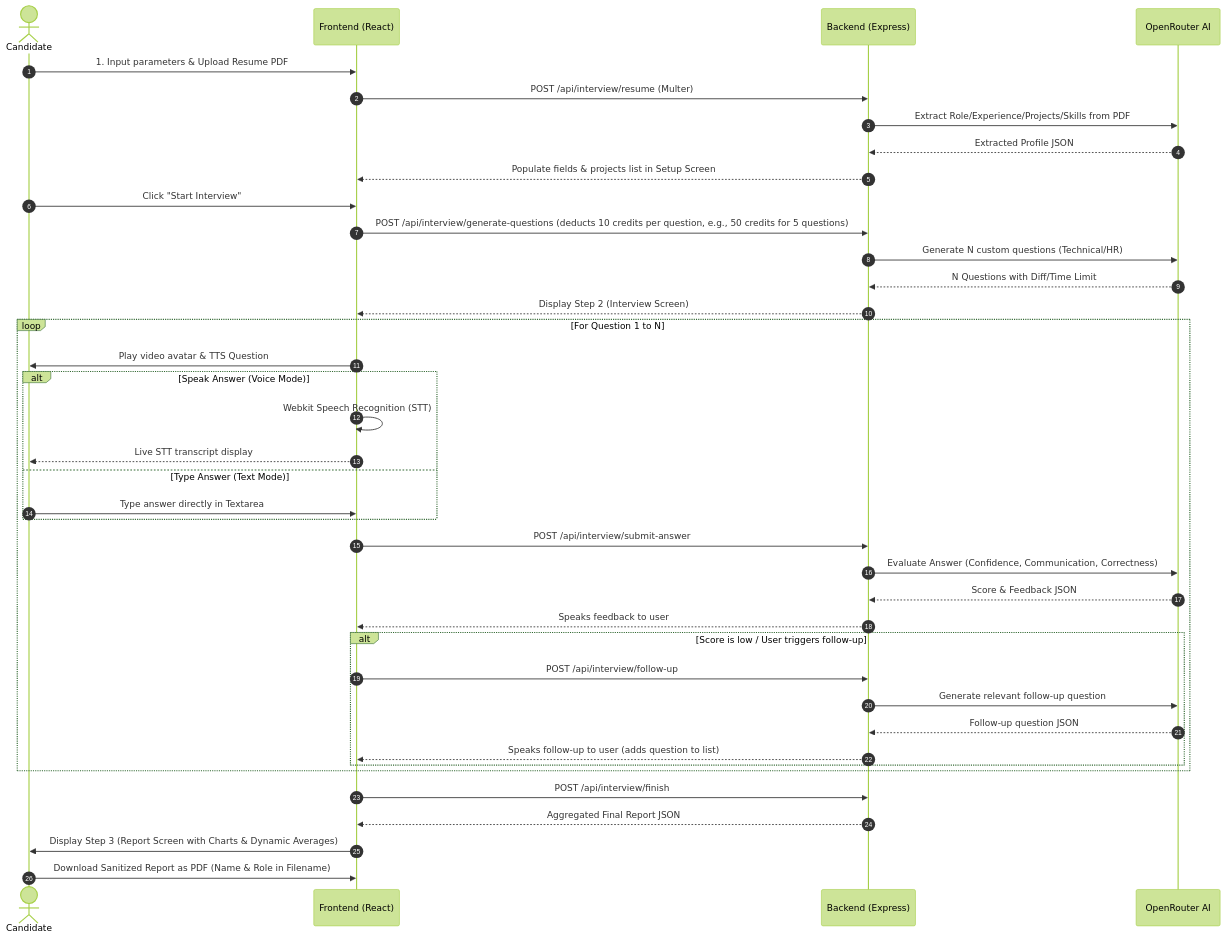
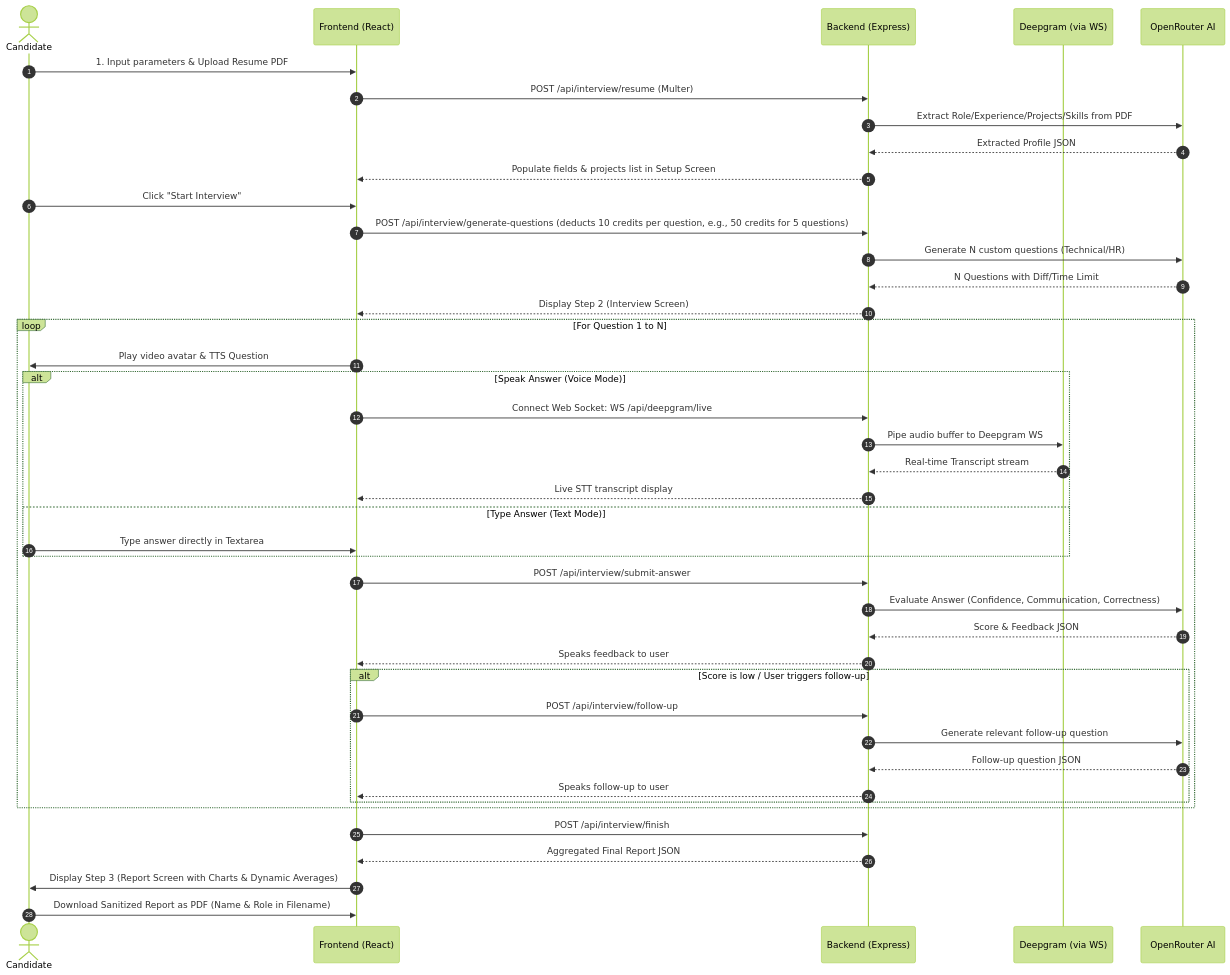
Before and after one commit to aarnav24/ai_mock_interview: the second of 2 diagrams in README.md, drawn with Mermaid (forest theme). The commit also changed other lines of this file, not shown here.

````diff
--- a/README.md
+++ b/README.md
@@ -137,42 +159,45 @@
 ```mermaid
 sequenceDiagram
     autonumber
     actor User as Candidate
     participant FE as Frontend (React)
     participant BE as Backend (Express)
+    participant DG as Deepgram (via WS)
     participant AI as OpenRouter AI
 
     User->>FE: 1. Input parameters & Upload Resume PDF
     FE->>BE: POST /api/interview/resume (Multer)
     BE->>AI: Extract Role/Experience/Projects/Skills from PDF
     AI-->>BE: Extracted Profile JSON
     BE-->>FE: Populate fields & projects list in Setup Screen
     User->>FE: Click "Start Interview"
     FE->>BE: POST /api/interview/generate-questions (deducts 10 credits per question, e.g., 50 credits for 5 questions)
     BE->>AI: Generate N custom questions (Technical/HR)
     AI-->>BE: N Questions with Diff/Time Limit
     BE-->>FE: Display Step 2 (Interview Screen)
     loop For Question 1 to N
         FE->>User: Play video avatar & TTS Question
         alt Speak Answer (Voice Mode)
-            FE->>FE: Webkit Speech Recognition (STT)
-            FE-->>User: Live STT transcript display
+            FE->>BE: Connect Web Socket: WS /api/deepgram/live
+            BE->>DG: Pipe audio buffer to Deepgram WS
+            DG-->>BE: Real-time Transcript stream
+            BE-->>FE: Live STT transcript display
         else Type Answer (Text Mode)
             User->>FE: Type answer directly in Textarea
         end
         FE->>BE: POST /api/interview/submit-answer
         BE->>AI: Evaluate Answer (Confidence, Communication, Correctness)
         AI-->>BE: Score & Feedback JSON
         BE-->>FE: Speaks feedback to user
         alt Score is low / User triggers follow-up
             FE->>BE: POST /api/interview/follow-up
             BE->>AI: Generate relevant follow-up question
             AI-->>BE: Follow-up question JSON
-            BE-->>FE: Speaks follow-up to user (adds question to list)
+            BE-->>FE: Speaks follow-up to user
         end
     end
     FE->>BE: POST /api/interview/finish
     BE-->>FE: Aggregated Final Report JSON
     FE->>User: Display Step 3 (Report Screen with Charts & Dynamic Averages)
     User->>FE: Download Sanitized Report as PDF (Name & Role in Filename)
 ```
````
